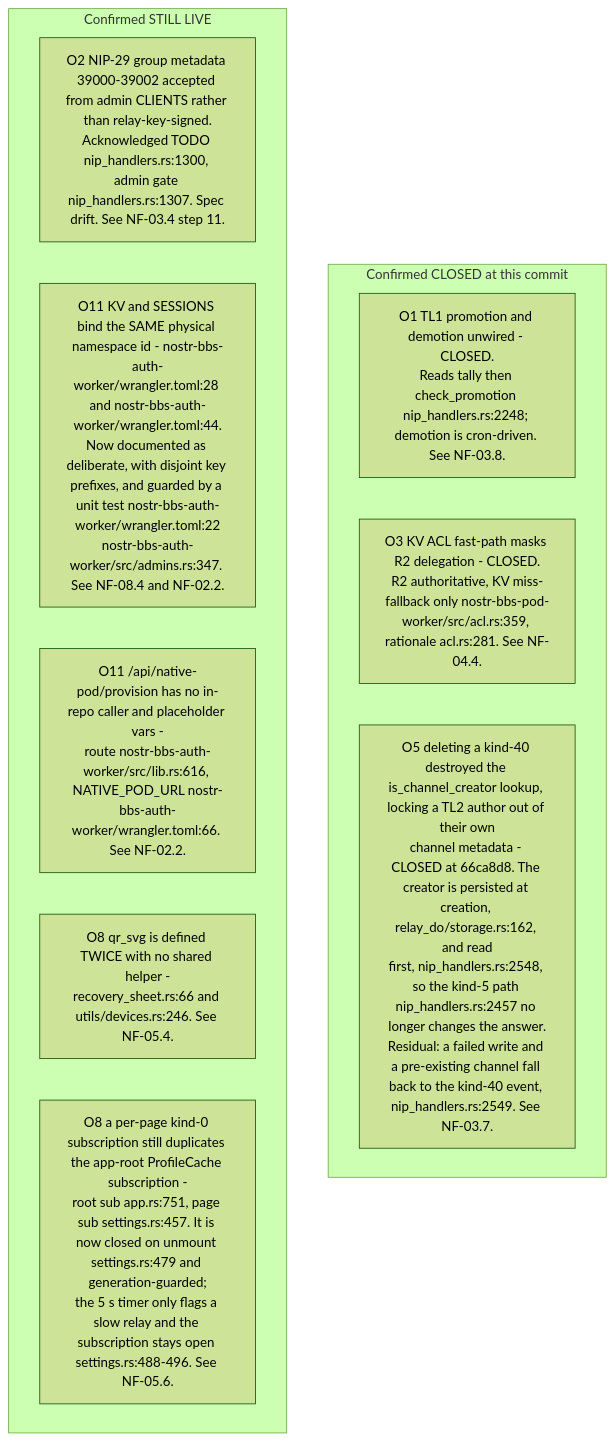
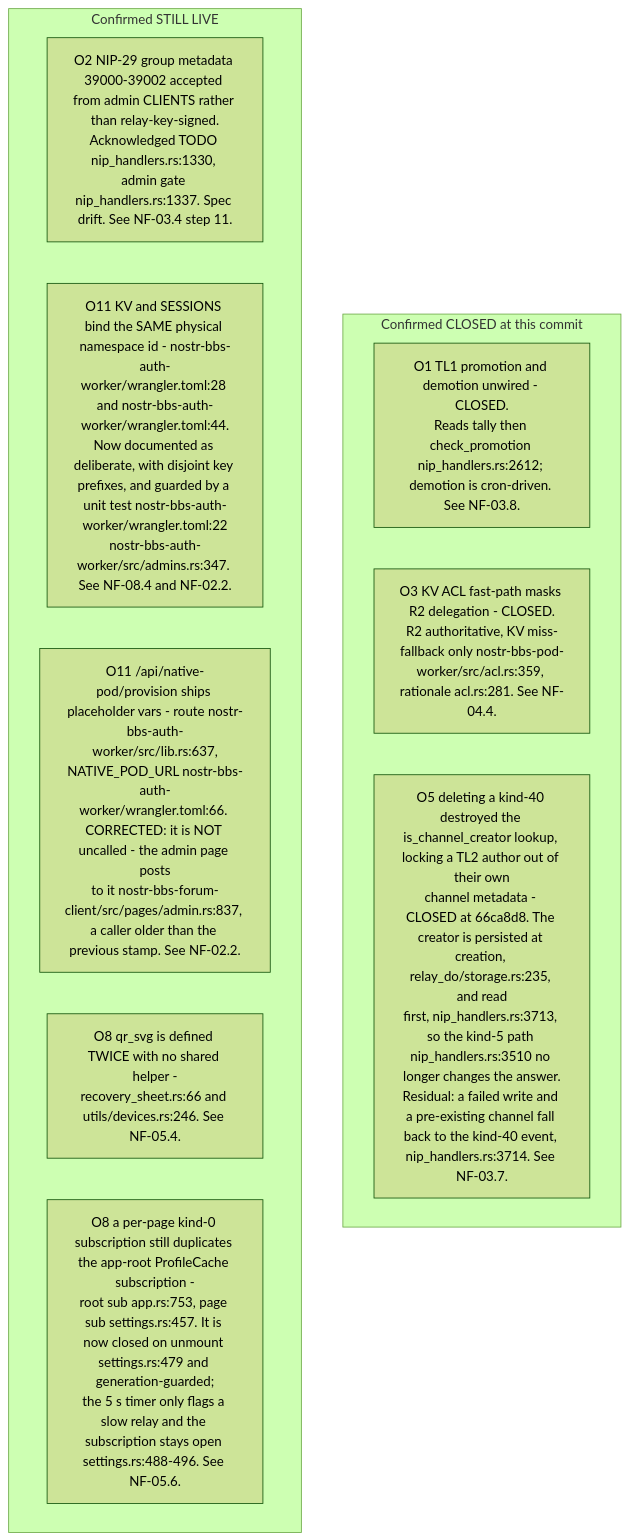
Before and after one commit to DreamLab-AI/VisionFlow: the third of 13 diagrams in docs/diagrams/nostr-rust-forum/10-invariants-and-anomaly-register.md, drawn with Mermaid (forest theme). The commit also changed other lines of this file, not shown here.

First line of the commit message:
docs(diagrams): NF-10 register re-verified at nostr-rust-forum af4f0d5

````diff
--- a/docs/diagrams/nostr-rust-forum/10-invariants-and-anomaly-register.md
+++ b/docs/diagrams/nostr-rust-forum/10-invariants-and-anomaly-register.md
@@ -110,15 +132,15 @@
 ```mermaid
 flowchart TB
     subgraph closed["Confirmed CLOSED at this commit"]
-        O1["O1 TL1 promotion and demotion unwired - CLOSED.<br/>Reads tally then check_promotion nip_handlers.rs:2248; demotion is cron-driven. See NF-03.8."]
+        O1["O1 TL1 promotion and demotion unwired - CLOSED.<br/>Reads tally then check_promotion nip_handlers.rs:2612; demotion is cron-driven. See NF-03.8."]
         O3["O3 KV ACL fast-path masks R2 delegation - CLOSED.<br/>R2 authoritative, KV miss-fallback only nostr-bbs-pod-worker/src/acl.rs:359, rationale acl.rs:281. See NF-04.4."]
-        O5["O5 deleting a kind-40 destroyed the is_channel_creator lookup, locking a TL2 author out of their own<br/>channel metadata - CLOSED at 66ca8d8. The creator is persisted at creation, relay_do/storage.rs:162, and read<br/>first, nip_handlers.rs:2548, so the kind-5 path nip_handlers.rs:2457 no longer changes the answer.<br/>Residual: a failed write and a pre-existing channel fall back to the kind-40 event, nip_handlers.rs:2549. See NF-03.7."]
+        O5["O5 deleting a kind-40 destroyed the is_channel_creator lookup, locking a TL2 author out of their own<br/>channel metadata - CLOSED at 66ca8d8. The creator is persisted at creation, relay_do/storage.rs:235, and read<br/>first, nip_handlers.rs:3713, so the kind-5 path nip_handlers.rs:3510 no longer changes the answer.<br/>Residual: a failed write and a pre-existing channel fall back to the kind-40 event, nip_handlers.rs:3714. See NF-03.7."]
     end
     subgraph live["Confirmed STILL LIVE"]
-        O2["O2 NIP-29 group metadata 39000-39002 accepted from admin CLIENTS rather than relay-key-signed.<br/>Acknowledged TODO nip_handlers.rs:1300, admin gate nip_handlers.rs:1307. Spec drift. See NF-03.4 step 11."]
+        O2["O2 NIP-29 group metadata 39000-39002 accepted from admin CLIENTS rather than relay-key-signed.<br/>Acknowledged TODO nip_handlers.rs:1330, admin gate nip_handlers.rs:1337. Spec drift. See NF-03.4 step 11."]
         O11a["O11 KV and SESSIONS bind the SAME physical namespace id - nostr-bbs-auth-worker/wrangler.toml:28 and nostr-bbs-auth-worker/wrangler.toml:44.<br/>Now documented as deliberate, with disjoint key prefixes, and guarded by a unit test nostr-bbs-auth-worker/wrangler.toml:22<br/>nostr-bbs-auth-worker/src/admins.rs:347. See NF-08.4 and NF-02.2."]
-        O11b["O11 /api/native-pod/provision has no in-repo caller and placeholder vars -<br/>route nostr-bbs-auth-worker/src/lib.rs:616, NATIVE_POD_URL nostr-bbs-auth-worker/wrangler.toml:66. See NF-02.2."]
+        O11b["O11 /api/native-pod/provision ships placeholder vars - route nostr-bbs-auth-worker/src/lib.rs:637,<br/>NATIVE_POD_URL nostr-bbs-auth-worker/wrangler.toml:66. CORRECTED: it is NOT uncalled - the admin page posts<br/>to it nostr-bbs-forum-client/src/pages/admin.rs:837, a caller older than the previous stamp. See NF-02.2."]
         O8a["O8 qr_svg is defined TWICE with no shared helper -<br/>recovery_sheet.rs:66 and utils/devices.rs:246. See NF-05.4."]
-        O8b["O8 a per-page kind-0 subscription still duplicates the app-root ProfileCache subscription -<br/>root sub app.rs:751, page sub settings.rs:457. It is now closed on unmount settings.rs:479 and generation-guarded;<br/>the 5 s timer only flags a slow relay and the subscription stays open settings.rs:488-496. See NF-05.6."]
+        O8b["O8 a per-page kind-0 subscription still duplicates the app-root ProfileCache subscription -<br/>root sub app.rs:753, page sub settings.rs:457. It is now closed on unmount settings.rs:479 and generation-guarded;<br/>the 5 s timer only flags a slow relay and the subscription stays open settings.rs:488-496. See NF-05.6."]
     end
 ```
````
